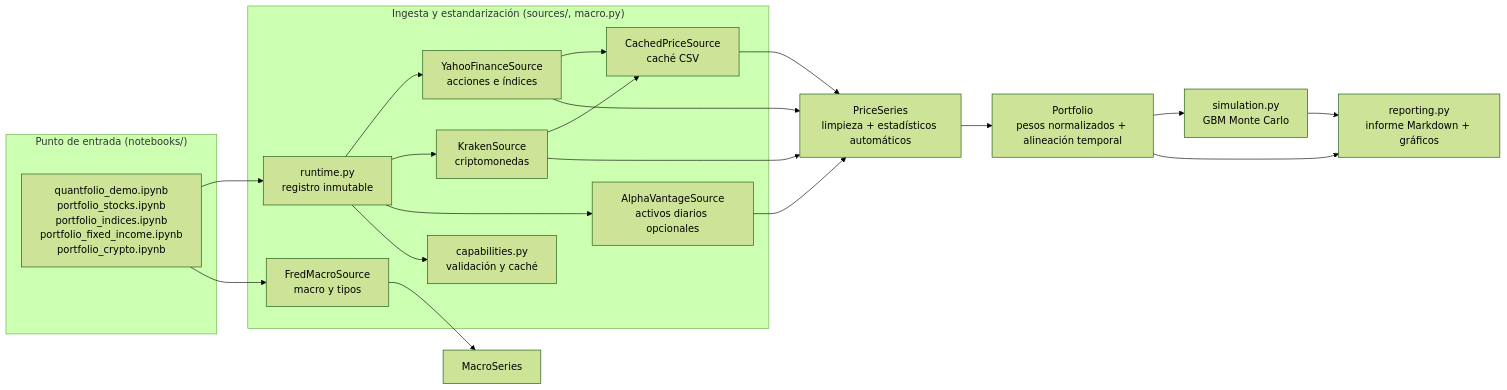
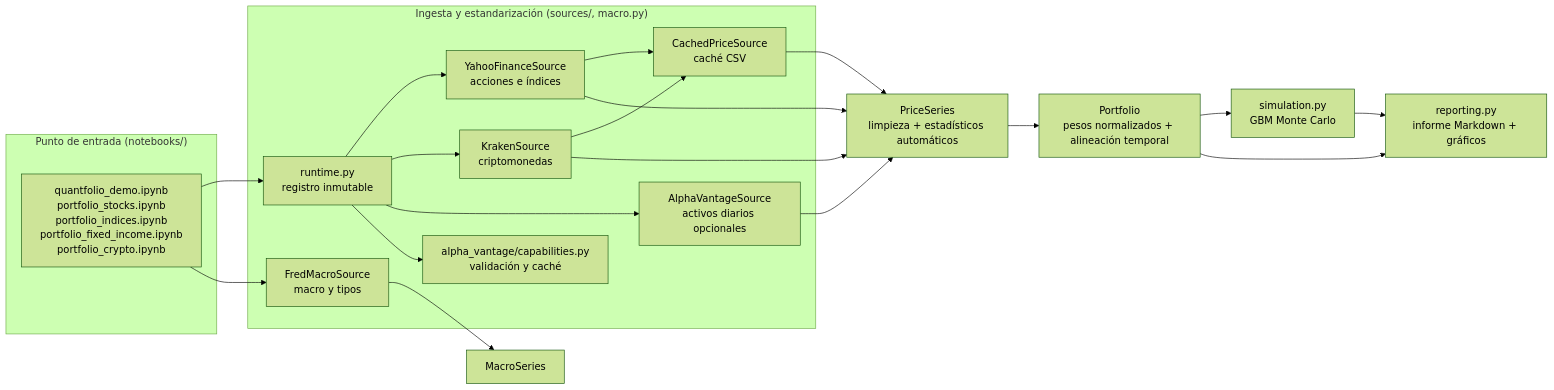
Before and after one commit to alejandroperezpujante/quantfolio: the second of 2 diagrams in docs/architecture.md, drawn with Mermaid (forest theme). The commit also changed other lines of this file and 2 other files, not shown here.

````diff
--- a/docs/architecture.md
+++ b/docs/architecture.md
@@ -141,40 +141,40 @@
 ```mermaid
 flowchart LR
     subgraph entrypoint["Punto de entrada (notebooks/)"]
         NB["quantfolio_demo.ipynb<br/>portfolio_stocks.ipynb<br/>portfolio_indices.ipynb<br/>portfolio_fixed_income.ipynb<br/>portfolio_crypto.ipynb"]
     end
 
     subgraph ingestion["Ingesta y estandarización (sources/, macro.py)"]
         YF["YahooFinanceSource<br/>acciones e índices"]
         KR["KrakenSource<br/>criptomonedas"]
         AV["AlphaVantageSource<br/>activos diarios opcionales"]
         RT["runtime.py<br/>registro inmutable"]
-        CP["capabilities.py<br/>validación y caché"]
+        CP["alpha_vantage/capabilities.py<br/>validación y caché"]
         CA["CachedPriceSource<br/>caché CSV"]
         FR["FredMacroSource<br/>macro y tipos"]
     end
 
     PS["PriceSeries<br/>limpieza + estadísticos automáticos"]
     MS["MacroSeries"]
     PF["Portfolio<br/>pesos normalizados + alineación temporal"]
     MC["simulation.py<br/>GBM Monte Carlo"]
     RP["reporting.py<br/>informe Markdown + gráficos"]
 
     NB --> RT
     RT --> YF
     RT --> KR
     RT --> AV
     RT --> CP
     NB --> FR
     YF --> CA
     KR --> CA
     YF --> PS
     KR --> PS
     AV --> PS
     CA --> PS
     FR --> MS
     PS --> PF
     PF --> MC
     PF --> RP
     MC --> RP
 ```
````
